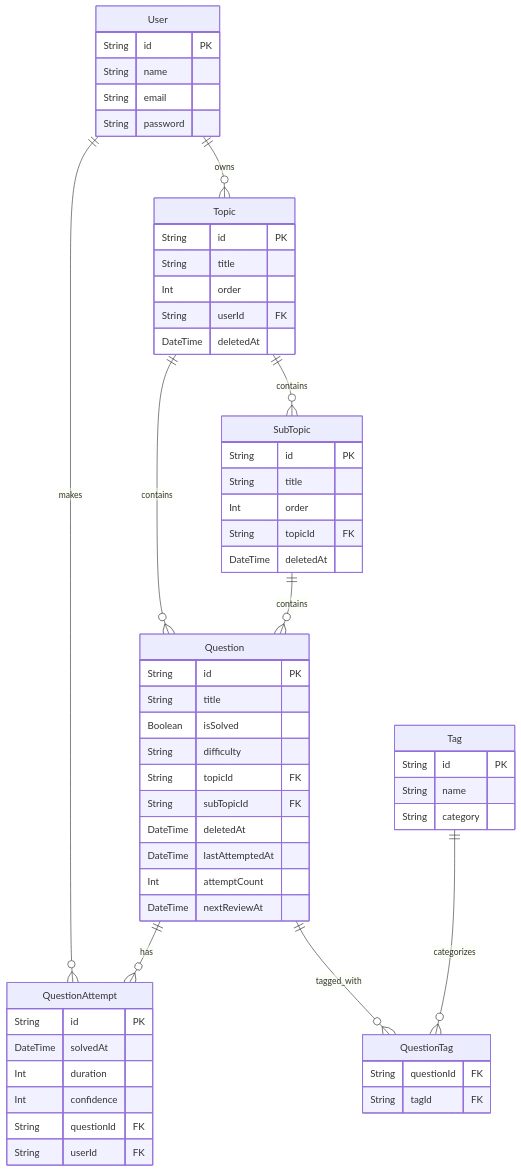
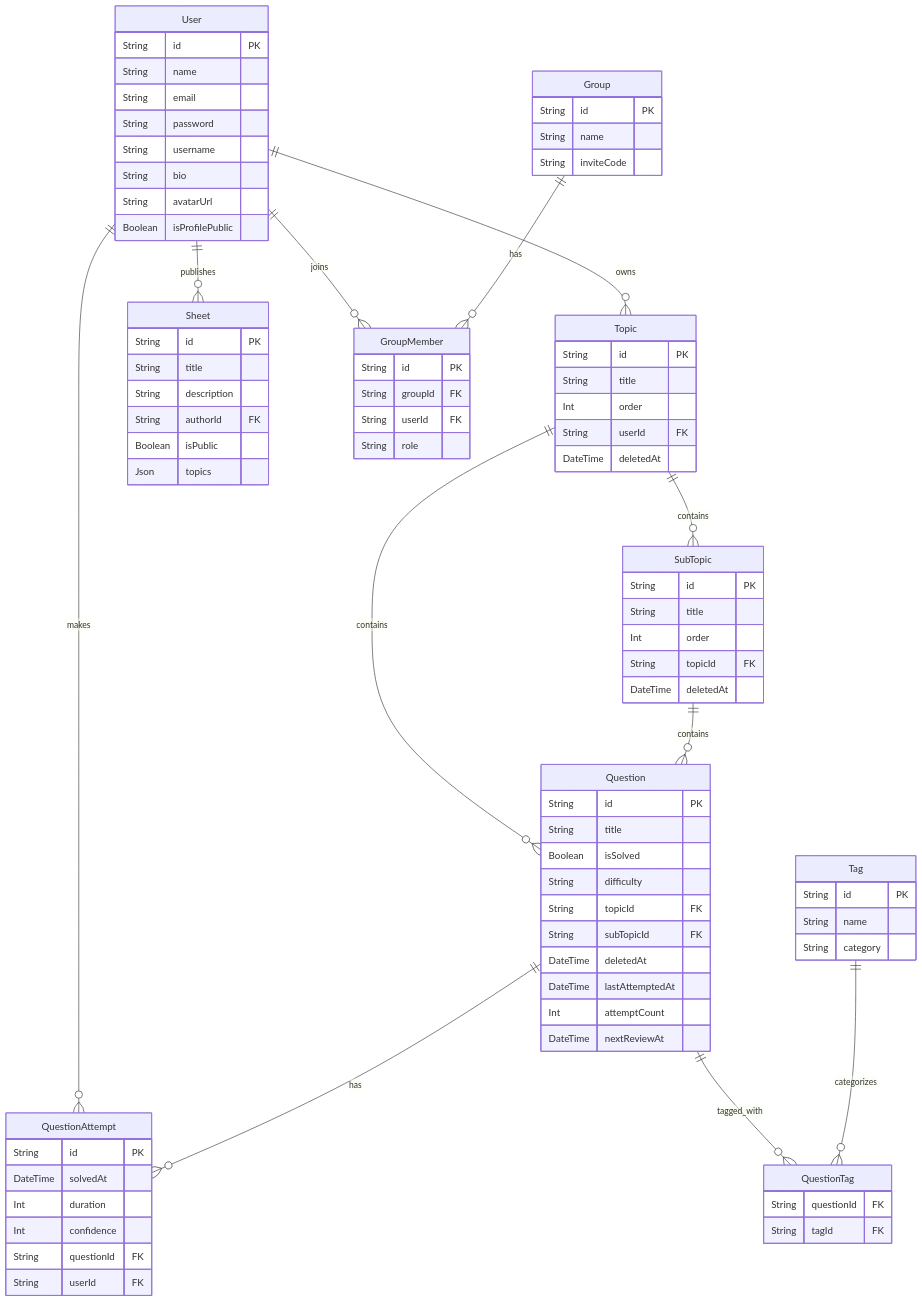
The second of 2 diagrams in ARCHITECTURE.md (pulkitjaincs/AlgoForge), drawn with Mermaid before and after one commit. The commit also changed other lines of this file and 77 other files, not shown here.

```diff
--- a/ARCHITECTURE.md
+++ b/ARCHITECTURE.md
@@ -71,12 +72,38 @@
     Question ||--o{ QuestionAttempt : has
     Question ||--o{ QuestionTag : tagged_with
     Tag ||--o{ QuestionTag : categorizes
+    User ||--o{ Sheet : publishes
+    User ||--o{ GroupMember : joins
+    Group ||--o{ GroupMember : has
 
     User {
         String id PK
         String name
         String email
         String password
+        String username
+        String bio
+        String avatarUrl
+        Boolean isProfilePublic
+    }
+    Sheet {
+        String id PK
+        String title
+        String description
+        String authorId FK
+        Boolean isPublic
+        Json topics
+    }
+    Group {
+        String id PK
+        String name
+        String inviteCode
+    }
+    GroupMember {
+        String id PK
+        String groupId FK
+        String userId FK
+        String role
     }
     Topic {
         String id PK
```
